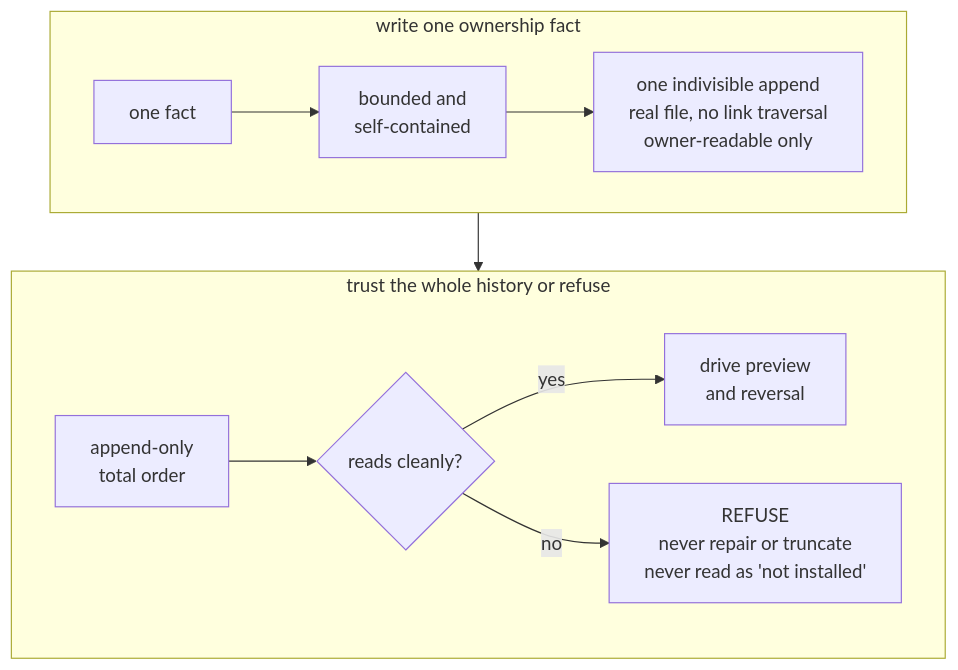
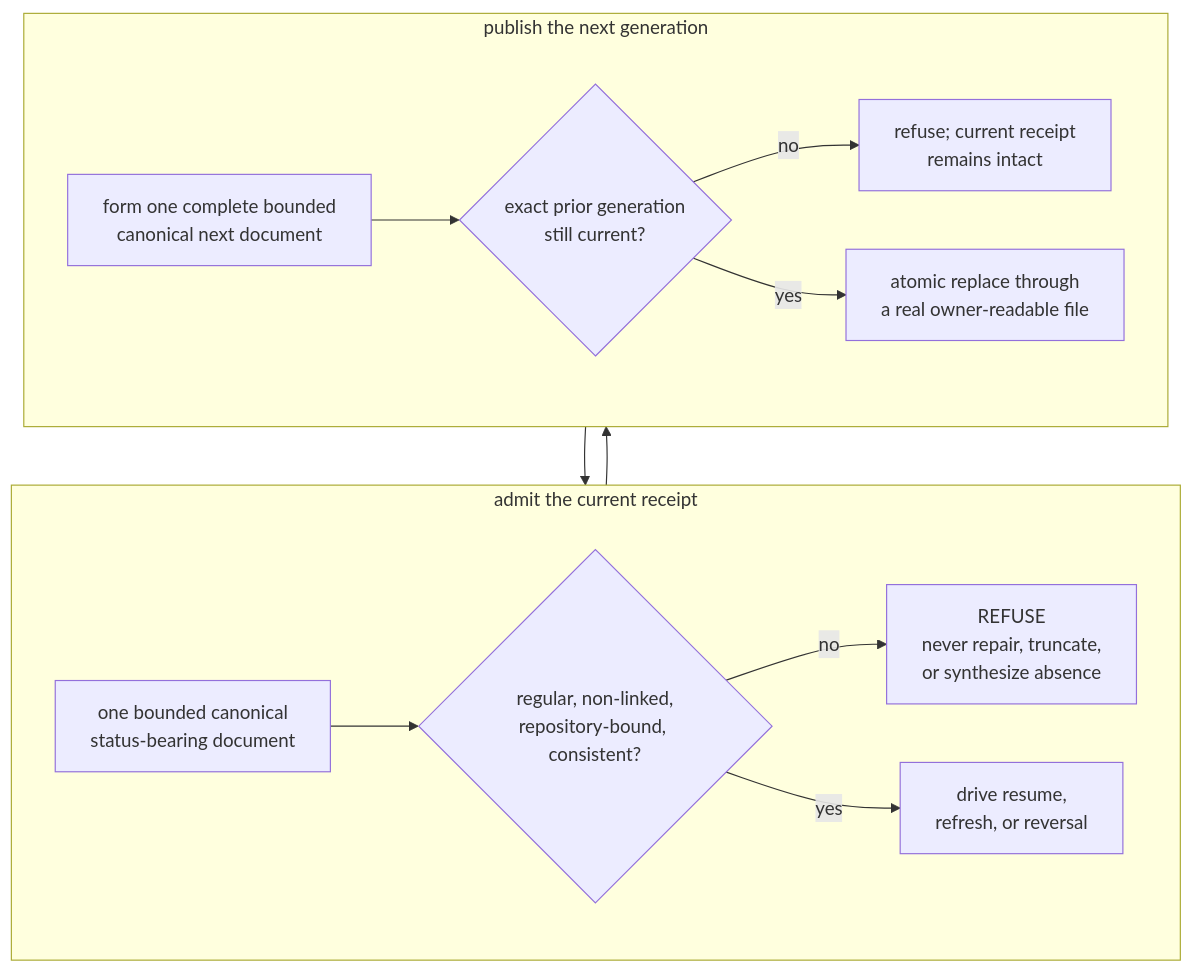
One commit to infimalabs/spice-rust changed the tenth of 10 diagrams in docs/product/planes/distribution.md. Above: the diagram before and after it, drawn with Mermaid. The commit also changed other lines of this file and 71 other files, not shown here.

````diff
--- a/docs/product/planes/distribution.md
+++ b/docs/product/planes/distribution.md
@@ -420,15 +438,17 @@
 ```mermaid
 flowchart TD
-  subgraph WRITE["write one ownership fact"]
+  subgraph READ["admit the current receipt"]
     direction LR
-    F["one fact"] --> B["bounded and<br/>self-contained"]
-    B --> O["one indivisible append<br/>real file, no link traversal<br/>owner-readable only"]
+    H["one bounded canonical<br/>status-bearing document"] --> RD{"regular, non-linked,<br/>repository-bound, consistent?"}
+    RD -- no --> REF["REFUSE<br/>never repair, truncate,<br/>or synthesize absence"]
+    RD -- yes --> USE["drive resume,<br/>refresh, or reversal"]
   end
-  subgraph READ["trust the whole history or refuse"]
+  subgraph WRITE["publish the next generation"]
     direction LR
-    H["append-only<br/>total order"] --> RD{"reads cleanly?"}
-    RD -- yes --> USE["drive preview<br/>and reversal"]
-    RD -- no --> REF["REFUSE<br/>never repair or truncate<br/>never read as 'not installed'"]
+    USE --> NEXT["form one complete bounded<br/>canonical next document"]
+    NEXT --> CAS{"exact prior generation<br/>still current?"}
+    CAS -- no --> STALE["refuse; current receipt<br/>remains intact"]
+    CAS -- yes --> PUB["atomic replace through<br/>a real owner-readable file"]
+    PUB --> H
   end
-  O --> H
 ```
````
